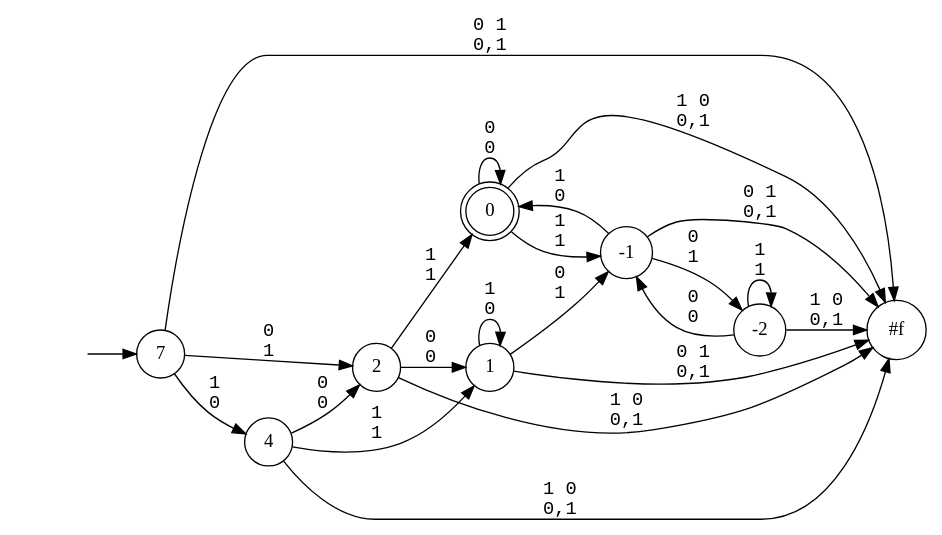
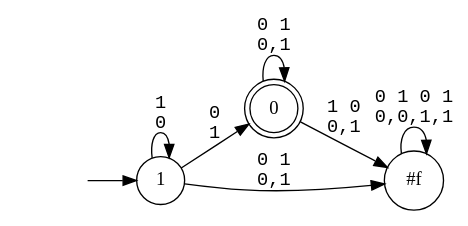
Before and after one commit to keisrk/automatic: the diagram in examples/dfa.dot, drawn with Graphviz. The commit also changed 17 other files, not shown here.

```diff
--- a/examples/dfa.dot
+++ b/examples/dfa.dot
@@ -1,28 +1,13 @@
 digraph G {
 rankdir="LR";edge[fontname=Courier];
 node[shape=circle];
 "#entry#"[shape=none label=""];
 "0"[shape=doublecircle];
-"#entry#"->"7"
-"7"->"#f"[label="0 1\n0,1"];
-"7"->"4"[label="1\n0"];
-"7"->"2"[label="0\n1"];
-"4"->"2"[label="0\n0"];
-"4"->"#f"[label="1 0\n0,1"];
-"4"->"1"[label="1\n1"];
-"2"->"1"[label="0\n0"];
-"2"->"#f"[label="1 0\n0,1"];
-"2"->"0"[label="1\n1"];
+"#entry#"->"1"
 "1"->"#f"[label="0 1\n0,1"];
 "1"->"1"[label="1\n0"];
-"1"->"-1"[label="0\n1"];
-"0"->"0"[label="0\n0"];
+"1"->"0"[label="0\n1"];
+"#f"->"#f"[label="0 1 0 1\n0,0,1,1"];
+"0"->"0"[label="0 1\n0,1"];
 "0"->"#f"[label="1 0\n0,1"];
-"0"->"-1"[label="1\n1"];
-"-1"->"#f"[label="0 1\n0,1"];
-"-1"->"0"[label="1\n0"];
-"-1"->"-2"[label="0\n1"];
-"-2"->"-1"[label="0\n0"];
-"-2"->"#f"[label="1 0\n0,1"];
-"-2"->"-2"[label="1\n1"];
 }
```
